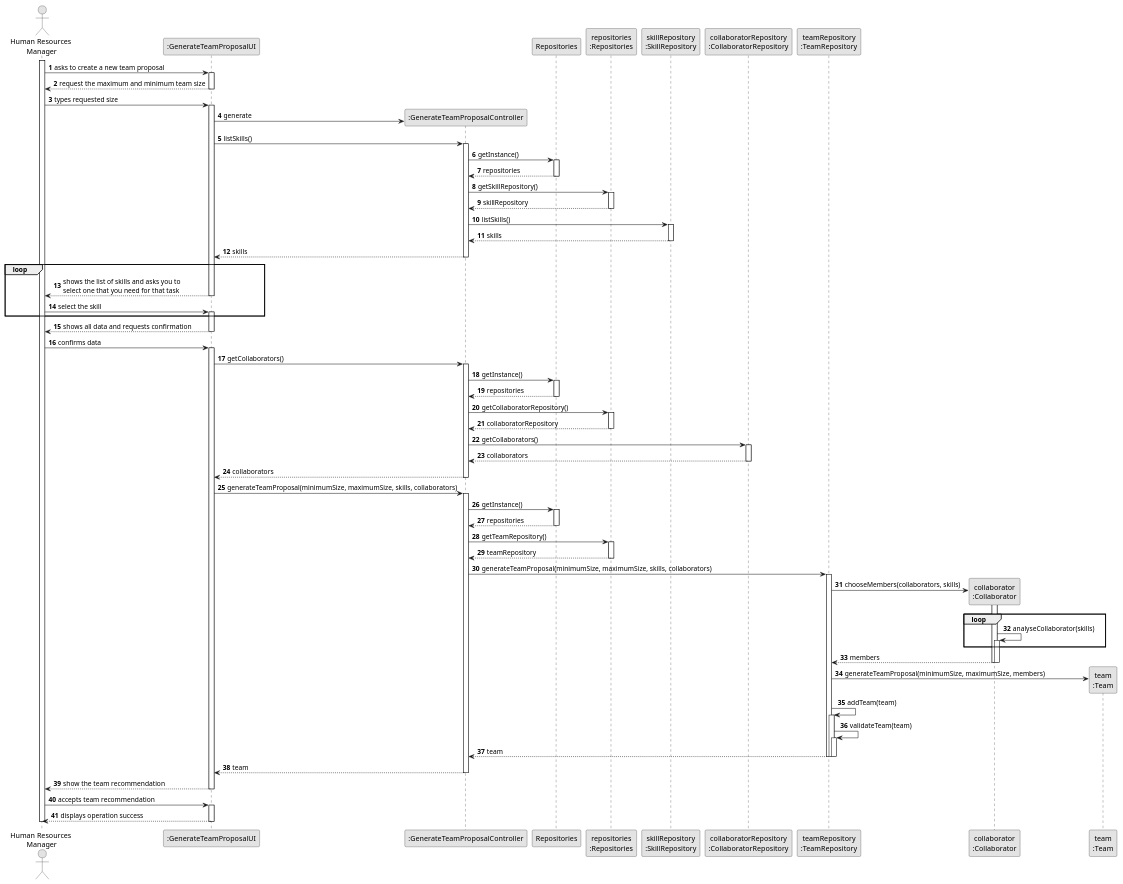
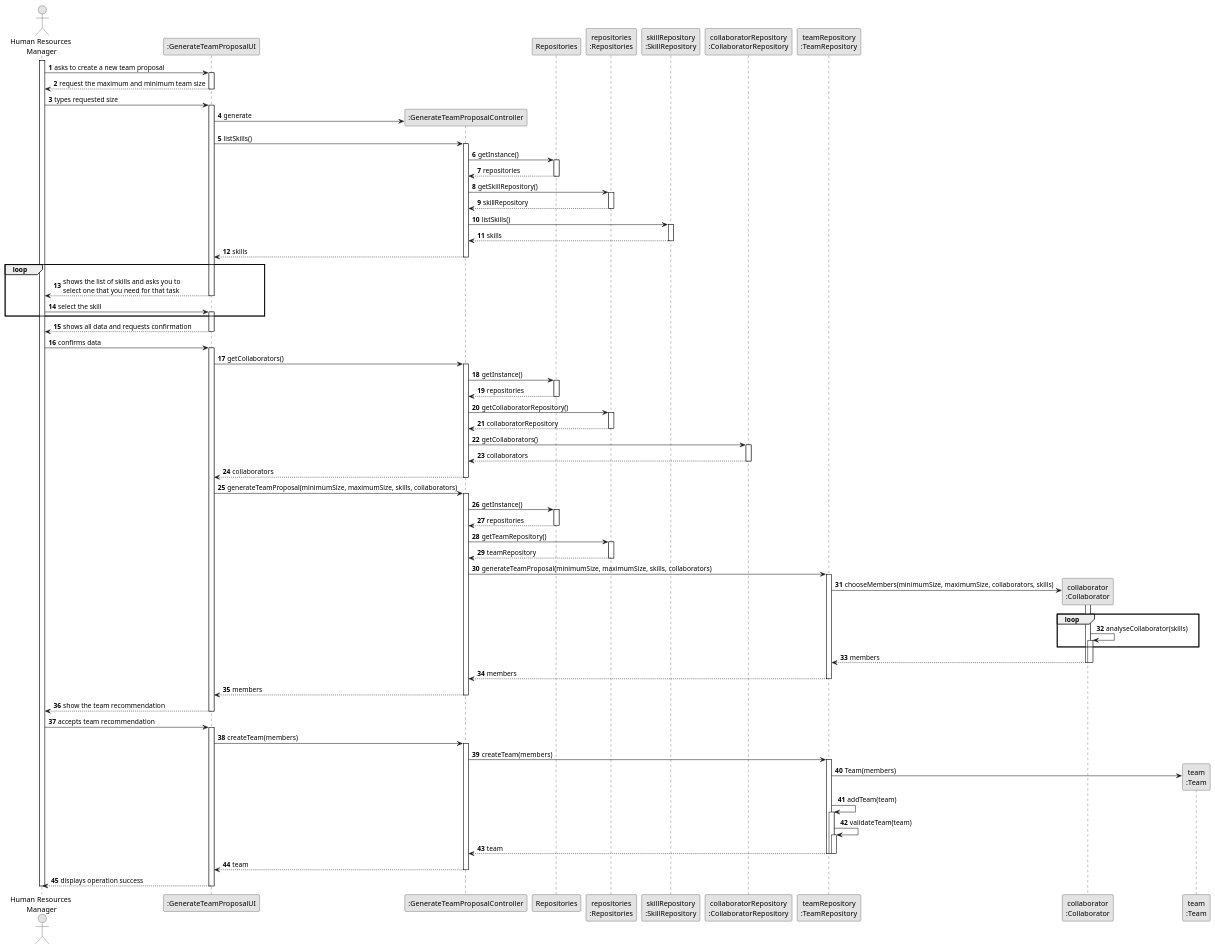
The diagram in docs/sprintB/us005/03.design/puml/us005-sequence-diagram-full.puml (diogoveirospro/lei-24-s2-1dg-g072), drawn with PlantUML before and after one commit. The commit also changed 11 other files, not shown here.

```diff
--- a/docs/sprintB/us005/03.design/puml/us005-sequence-diagram-full.puml
+++ b/docs/sprintB/us005/03.design/puml/us005-sequence-diagram-full.puml
@@ -1,160 +1,170 @@
 @startuml
 skinparam monochrome true
 skinparam packageStyle rectangle
 skinparam shadowing false
 
 autonumber
 
 'hide footbox
 actor "Human Resources\n Manager" as HRM
 participant ":GenerateTeamProposalUI" as UI
 participant ":GenerateTeamProposalController" as CTRL
 participant Repositories
 participant "repositories\n:Repositories" as REP
 participant "skillRepository\n:SkillRepository" as SKILLREP
 participant "collaboratorRepository\n:CollaboratorRepository" as COLREP
 participant "teamRepository\n:TeamRepository" as TEAMREP
 participant "collaborator\n:Collaborator" as COLLAB
 participant "team\n:Team" as team
 
 activate HRM
 
     HRM -> UI : asks to create a new team proposal
     activate UI
 
         UI --> HRM : request the maximum and minimum team size
     deactivate UI
 
     HRM -> UI : types requested size
     activate UI
 
         UI -> CTRL** : generate
 
 
         UI -> CTRL : listSkills()
         activate CTRL
 
            CTRL -> Repositories: getInstance()
            activate Repositories
 
                 Repositories --> CTRL: repositories
            deactivate Repositories
 
            CTRL -> REP: getSkillRepository()
            activate REP
 
                 REP --> CTRL: skillRepository
            deactivate REP
 
             CTRL -> SKILLREP : listSkills()
             activate SKILLREP
 
                 SKILLREP --> CTRL : skills
             deactivate SKILLREP
 
             CTRL --> UI : skills
         deactivate CTRL
 
     loop
         UI --> HRM: shows the list of skills and asks you to \nselect one that you need for that task
     deactivate UI
 
     HRM -> UI: select the skill
     activate UI
 
     end
 
         UI --> HRM: shows all data and requests confirmation
     deactivate UI
 
     HRM -> UI: confirms data
     activate UI
 
         UI -> CTRL: getCollaborators()
         activate CTRL
 
             CTRL -> Repositories: getInstance()
             activate Repositories
 
                 Repositories --> CTRL: repositories
             deactivate Repositories
 
             CTRL -> REP: getCollaboratorRepository()
             activate REP
 
                 REP --> CTRL: collaboratorRepository
             deactivate REP
 
             CTRL -> COLREP: getCollaborators()
             activate COLREP
 
                 COLREP --> CTRL: collaborators
             deactivate COLREP
 
             CTRL --> UI: collaborators
         deactivate CTRL
 
         UI -> CTRL: generateTeamProposal(minimumSize, maximumSize, skills, collaborators)
         activate CTRL
 
             CTRL -> Repositories: getInstance()
             activate Repositories
 
                 Repositories --> CTRL: repositories
             deactivate Repositories
 
             CTRL -> REP: getTeamRepository()
             activate REP
 
                 REP --> CTRL: teamRepository
             deactivate REP
 
             CTRL -> TEAMREP: generateTeamProposal(minimumSize, maximumSize, skills, collaborators)
             activate TEAMREP
 
-                TEAMREP -> COLLAB**: chooseMembers(collaborators, skills)
+                TEAMREP -> COLLAB**: chooseMembers(minimumSize, maximumSize, collaborators, skills)
                 activate COLLAB
                 loop
                     COLLAB -> COLLAB: analyseCollaborator(skills)
                     activate COLLAB
                 end
                     COLLAB --> TEAMREP: members
 
                     deactivate COLLAB
 
                 deactivate COLLAB
 
-
-
-                TEAMREP -> team**: generateTeamProposal(minimumSize, maximumSize, members)
-
-                    TEAMREP -> TEAMREP : addTeam(team)
-                    activate TEAMREP
-
-                    TEAMREP -> TEAMREP : validateTeam(team)
-                    activate TEAMREP
-
-                TEAMREP --> CTRL: team
-
-                deactivate TEAMREP
-
-                deactivate TEAMREP
-
-                
+                TEAMREP --> CTRL: members
             deactivate TEAMREP
 
-            CTRL --> UI: team
+            CTRL --> UI: members
         deactivate CTRL
 
         UI --> HRM: show the team recommendation
     deactivate UI
 
     HRM -> UI: accepts team recommendation
     activate UI
 
+        UI -> CTRL: createTeam(members)
+        activate CTRL
+
+            CTRL -> TEAMREP: createTeam(members)
+        activate TEAMREP
+
+        TEAMREP -> team**: Team(members)
+
+            TEAMREP -> TEAMREP : addTeam(team)
+            activate TEAMREP
+
+            TEAMREP -> TEAMREP : validateTeam(team)
+            activate TEAMREP
+
+                TEAMREP --> CTRL: team
+
+            deactivate TEAMREP
+
+            deactivate TEAMREP
+
+
+        deactivate TEAMREP
+
+                CTRL --> UI: team
+            deactivate CTRL
+
         UI --> HRM: displays operation success
     deactivate UI
 
 deactivate HRM
 
 @enduml
```
